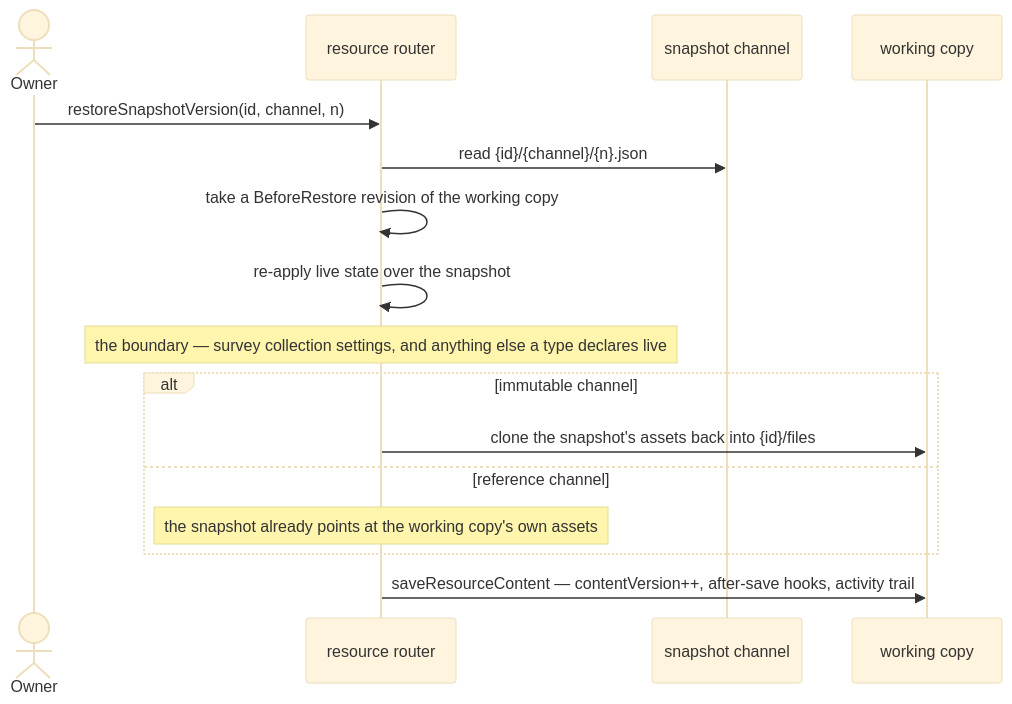
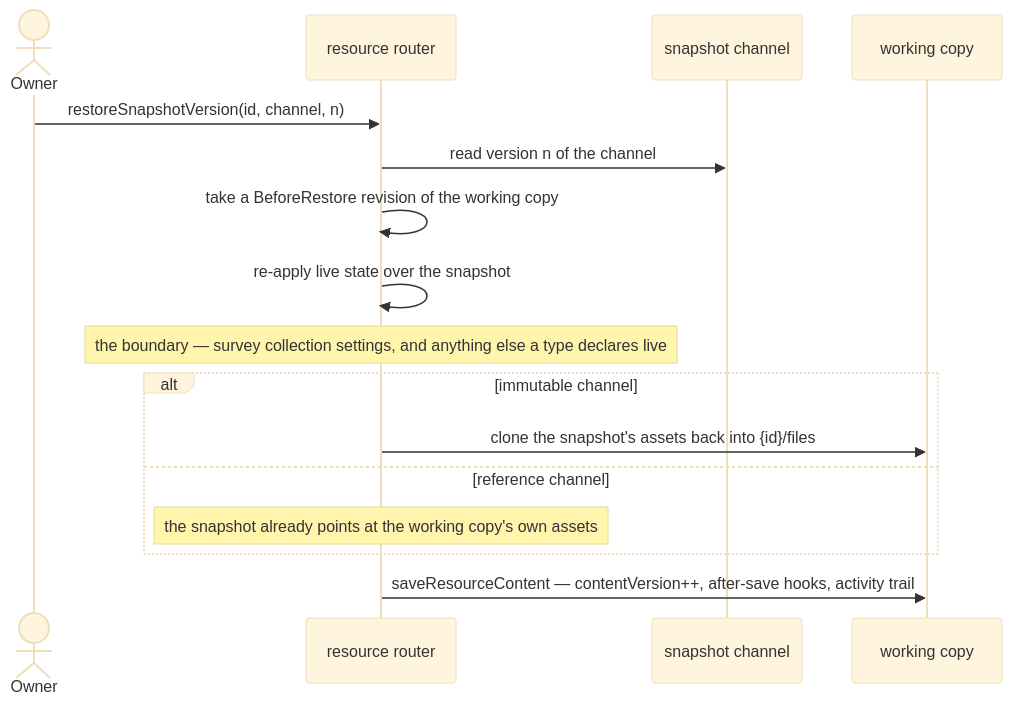
Before and after one commit to Esposter/Esposter: the second of 2 diagrams in apps/web/content/docs/resource/resource-snapshots.md, drawn with Mermaid (base theme). The commit also changed other lines of this file and 73 other files, not shown here.

````diff
--- a/apps/web/content/docs/resource/resource-snapshots.md
+++ b/apps/web/content/docs/resource/resource-snapshots.md
@@ -77,19 +78,19 @@
 ```mermaid
 sequenceDiagram
   actor Owner
   participant R as resource router
   participant SNAP as snapshot channel
   participant WORK as working copy
 
   Owner->>R: restoreSnapshotVersion(id, channel, n)
-  R->>SNAP: read {id}/{channel}/{n}.json
+  R->>SNAP: read version n of the channel
   R->>R: take a BeforeRestore revision of the working copy
   R->>R: re-apply live state over the snapshot
   Note over R: the boundary — survey collection settings, and anything else a type declares live
   alt immutable channel
     R->>WORK: clone the snapshot's assets back into {id}/files
   else reference channel
     Note over R: the snapshot already points at the working copy's own assets
   end
   R->>WORK: saveResourceContent — contentVersion++, after-save hooks, activity trail
 ```
````
